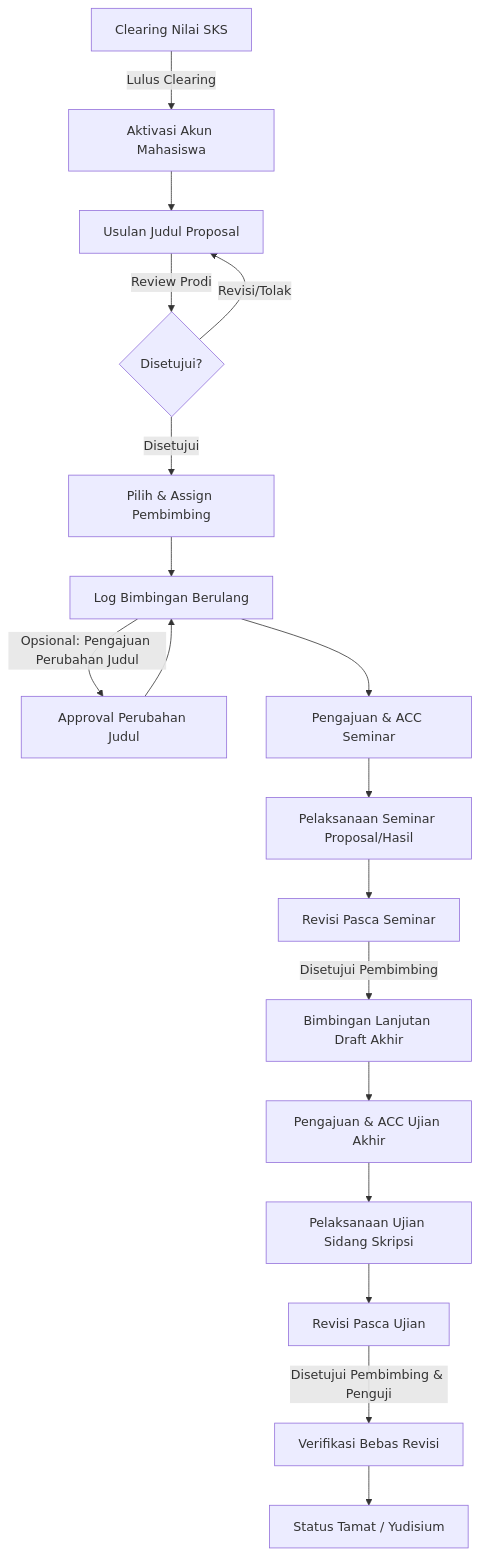
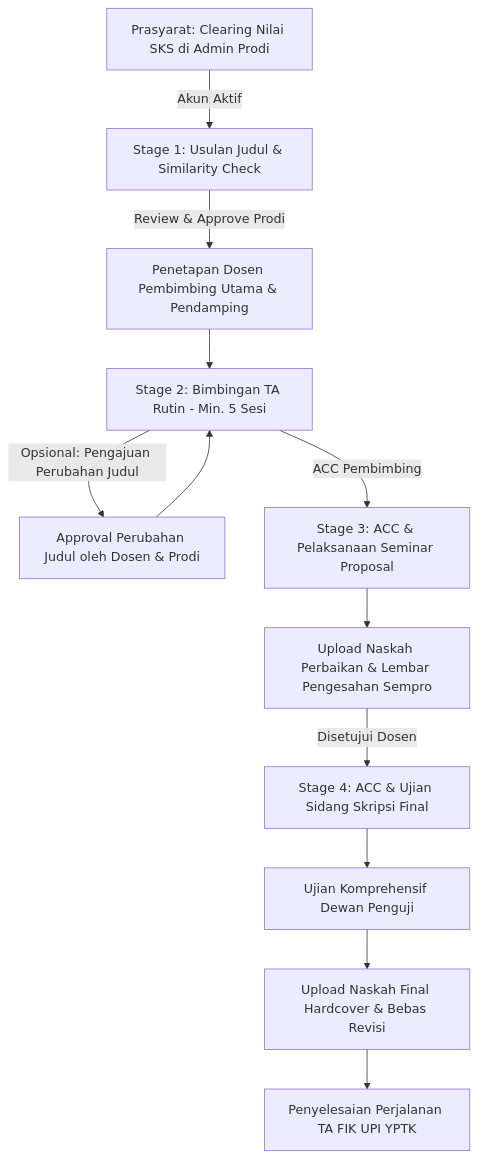
One commit to DanuZen/isi-final-project changed the first of 5 diagrams in docs/WORKFLOWS.md. Above: the diagram before and after it, drawn with Mermaid. The commit also changed other lines of this file and 21 other files, not shown here.

Commit message:
feat: modernize SIPETA UI with 4-stage TA focus, centered logo, interactive calendar, list-judul repository, and updated docs

````diff
--- a/docs/WORKFLOWS.md
+++ b/docs/WORKFLOWS.md
@@ -9,20 +9,14 @@
 ```mermaid
 flowchart TD
-    A[Clearing Nilai SKS] -->|Lulus Clearing| B[Aktivasi Akun Mahasiswa]
-    B --> C[Usulan Judul Proposal]
-    C -->|Review Prodi| D{Disetujui?}
-    D -->|Revisi/Tolak| C
-    D -->|Disetujui| E[Pilih & Assign Pembimbing]
-    E --> F[Log Bimbingan Berulang]
-    F -->|Opsional: Pengajuan Perubahan Judul| G[Approval Perubahan Judul]
-    G --> F
-    F --> H[Pengajuan & ACC Seminar]
-    H --> I[Pelaksanaan Seminar Proposal/Hasil]
-    I --> J[Revisi Pasca Seminar]
-    J -->|Disetujui Pembimbing| K[Bimbingan Lanjutan Draft Akhir]
-    K --> L[Pengajuan & ACC Ujian Akhir]
-    L --> M[Pelaksanaan Ujian Sidang Skripsi]
-    M --> N[Revisi Pasca Ujian]
-    N -->|Disetujui Pembimbing & Penguji| O[Verifikasi Bebas Revisi]
-    O --> P[Status Tamat / Yudisium]
+    A[Prasyarat: Clearing Nilai SKS di Admin Prodi] -->|Akun Aktif| B[Stage 1: Usulan Judul & Similarity Check]
+    B -->|Review & Approve Prodi| C[Penetapan Dosen Pembimbing Utama & Pendamping]
+    C --> D[Stage 2: Bimbingan TA Rutin - Min. 5 Sesi]
+    D -->|Opsional: Pengajuan Perubahan Judul| E[Approval Perubahan Judul oleh Dosen & Prodi]
+    E --> D
+    D -->|ACC Pembimbing| F[Stage 3: ACC & Pelaksanaan Seminar Proposal]
+    F --> G[Upload Naskah Perbaikan & Lembar Pengesahan Sempro]
+    G -->|Disetujui Dosen| H[Stage 4: ACC & Ujian Sidang Skripsi Final]
+    H --> I[Ujian Komprehensif Dewan Penguji]
+    I --> J[Upload Naskah Final Hardcover & Bebas Revisi]
+    J --> K[Penyelesaian Perjalanan TA FIK UPI YPTK]
 ```
````
